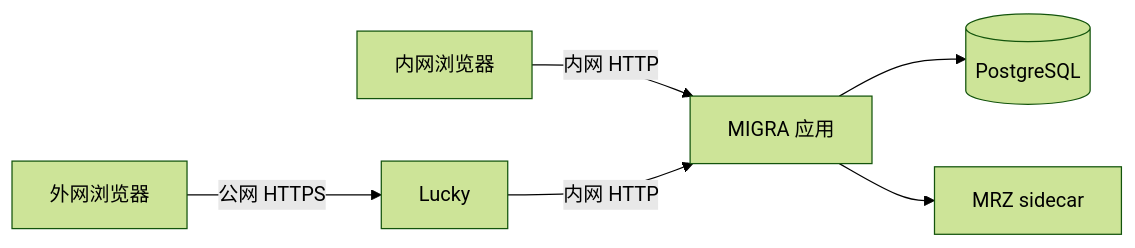
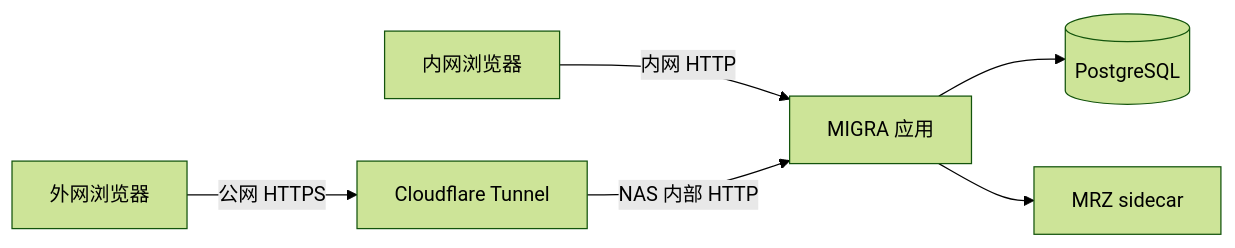
Before and after one commit to bringup113/immigration-order-manager-docker: the diagram in docs/NAS_ACCESS.md, drawn with Mermaid (forest theme). The commit also changed other lines of this file and 42 other files, not shown here.

````diff
--- a/docs/NAS_ACCESS.md
+++ b/docs/NAS_ACCESS.md
@@ -9,8 +9,8 @@
 ```mermaid
 flowchart LR
   A[内网浏览器] -->|内网 HTTP| M[MIGRA 应用]
-  B[外网浏览器] -->|公网 HTTPS| L[Lucky]
-  L -->|内网 HTTP| M
+  B[外网浏览器] -->|公网 HTTPS| L[Cloudflare Tunnel]
+  L -->|NAS 内部 HTTP| M
   M --> D[(PostgreSQL)]
   M --> R[MRZ sidecar]
 ```
````
